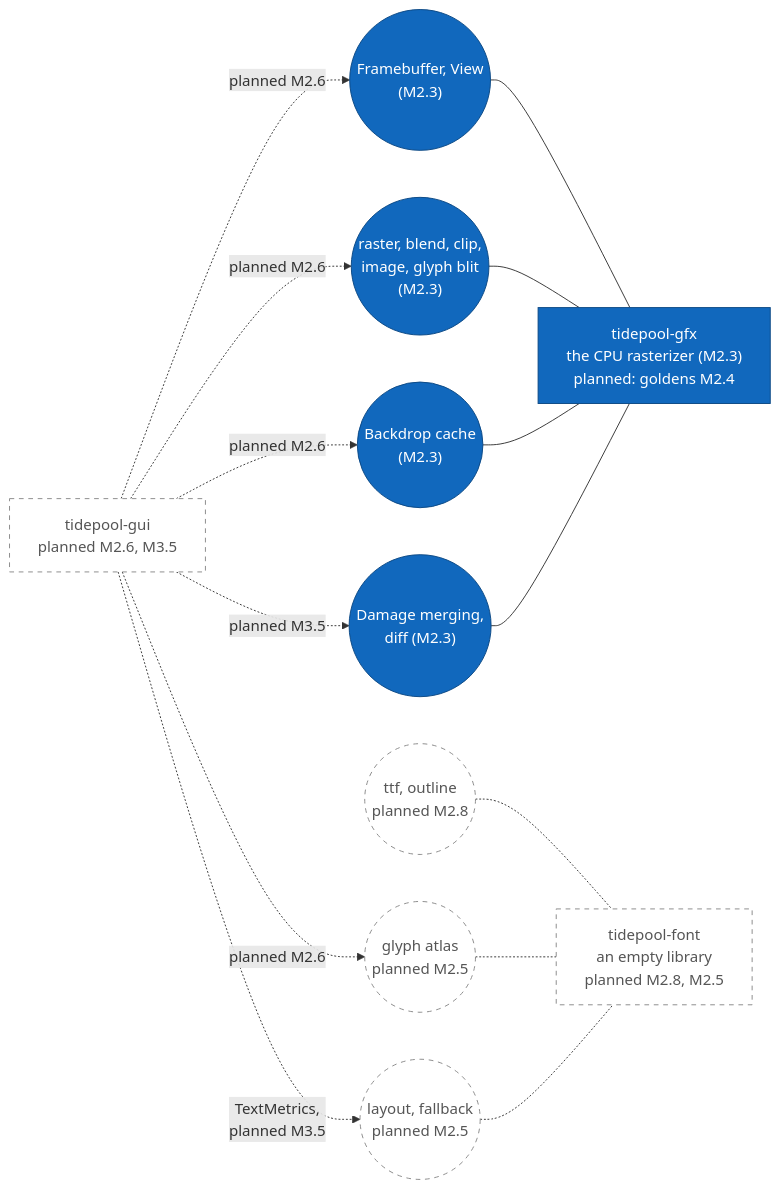
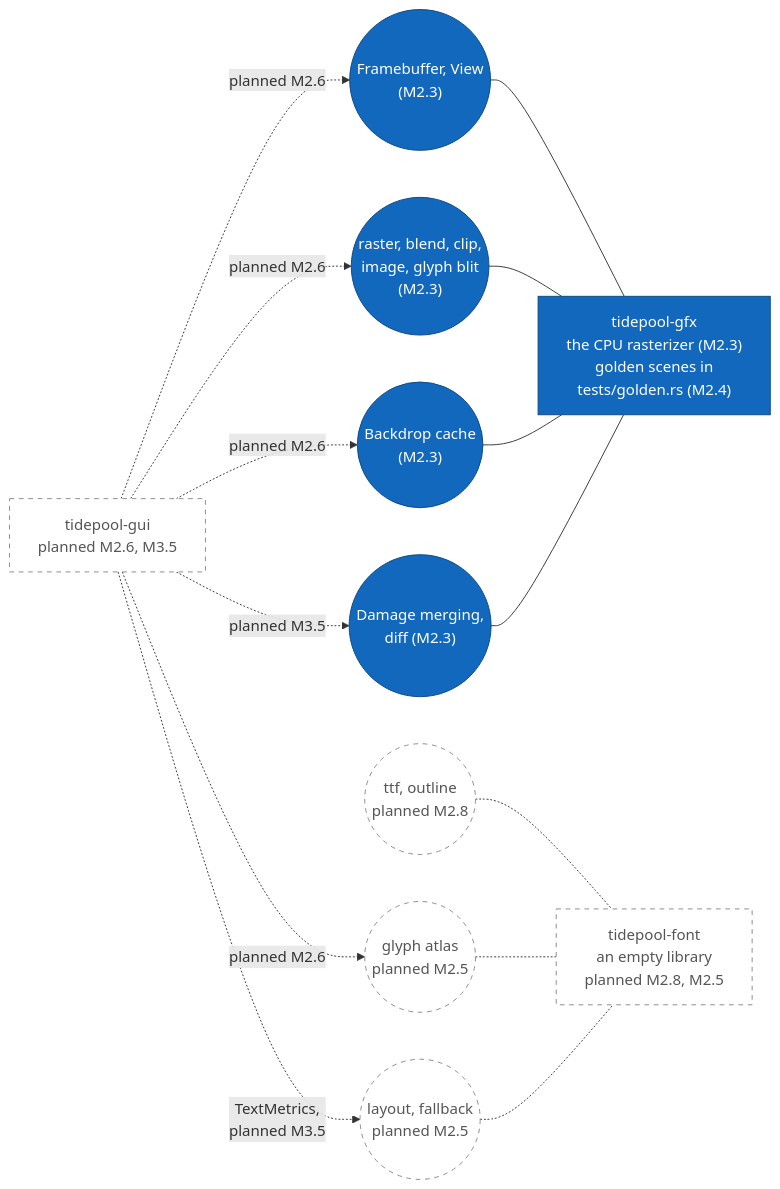
One commit to jabbott-iii/Tidepool changed the tenth of 21 diagrams in diagrams/component-diagrams.md. Above: the diagram before and after it, drawn with Mermaid. The commit also changed other lines of this file and 67 other files, not shown here.

First line of the commit message:
codec, gfx, xtask: QOI, the golden harness and gfx goldens (M2.4)

````diff
--- a/diagrams/component-diagrams.md
+++ b/diagrams/component-diagrams.md
@@ -531,36 +542,36 @@
 ```mermaid
 flowchart LR
     c_gui["tidepool-gui<br/>planned M2.6, M3.5"]
 
     i_fb(("Framebuffer, View<br/>(M2.3)"))
     i_raster(("raster, blend, clip,<br/>image, glyph blit<br/>(M2.3)"))
     i_backdrop(("Backdrop cache<br/>(M2.3)"))
     i_damage(("Damage merging,<br/>diff (M2.3)"))
-    c_gfx["tidepool-gfx<br/>the CPU rasterizer (M2.3)<br/>planned: goldens M2.4"]
+    c_gfx["tidepool-gfx<br/>the CPU rasterizer (M2.3)<br/>golden scenes in<br/>tests/golden.rs (M2.4)"]
 
     i_ttf(("ttf, outline<br/>planned M2.8"))
     i_atlas(("glyph atlas<br/>planned M2.5"))
     i_layout(("layout, fallback<br/>planned M2.5"))
     c_font["tidepool-font<br/>an empty library<br/>planned M2.8, M2.5"]
 
     c_gui -.->|"planned M2.6"| i_fb
     c_gui -.->|"planned M2.6"| i_raster
     c_gui -.->|"planned M2.6"| i_backdrop
     c_gui -.->|"planned M3.5"| i_damage
     c_gui -.->|"planned M2.6"| i_atlas
     c_gui -.->|"TextMetrics,<br/>planned M3.5"| i_layout
 
     i_fb --- c_gfx
     i_raster --- c_gfx
     i_backdrop --- c_gfx
     i_damage --- c_gfx
     i_ttf -.- c_font
     i_atlas -.- c_font
     i_layout -.- c_font
 
     classDef built fill:#1168bd,stroke:#0b4884,color:#ffffff
     classDef planned fill:#ffffff,stroke:#888888,stroke-dasharray: 5 5,color:#555555
     class c_gfx,i_fb,i_raster,i_backdrop,i_damage built
     class c_gui,c_font planned
     class i_ttf,i_atlas,i_layout planned
 ```
````
